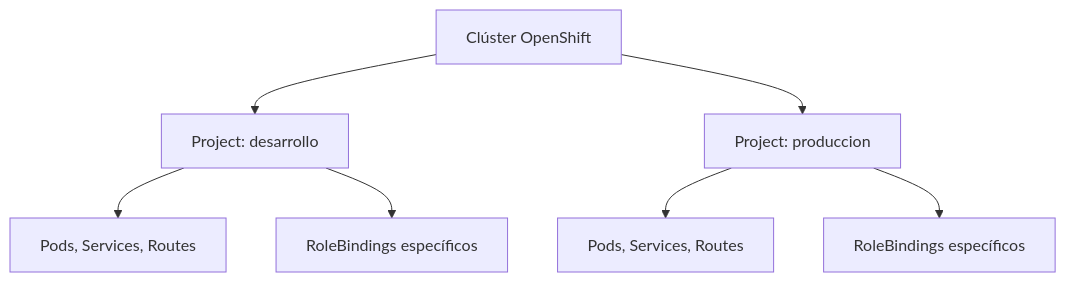
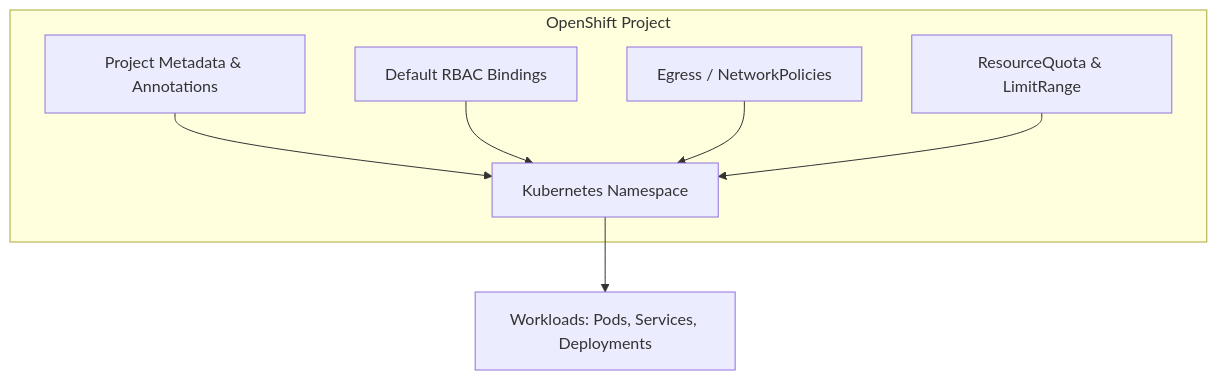
The first of 7 diagrams in docs/sesion4/4.1 Proyectos y permisos.md (ieftraining/curso-openshift), drawn with Mermaid before and after one commit. The commit also changed other lines of this file, not shown here.

````diff
--- a/docs/sesion4/4.1 Proyectos y permisos.md
+++ b/docs/sesion4/4.1 Proyectos y permisos.md
@@ -19,9 +24,10 @@
 ```mermaid
 flowchart TD
-    A[Clúster OpenShift] --> B[Project: desarrollo]
-    A --> C[Project: produccion]
-    B --> D[Pods, Services, Routes]
-    B --> E[RoleBindings específicos]
-    C --> F[Pods, Services, Routes]
-    C --> F2[RoleBindings específicos]
+    subgraph OpenShift Project
+        A[Project Metadata & Annotations] --> B[Kubernetes Namespace]
+        C[Default RBAC Bindings] --> B
+        D[Egress / NetworkPolicies] --> B
+        E[ResourceQuota & LimitRange] --> B
+    end
+    B --> F[Workloads: Pods, Services, Deployments]
 ```
````
